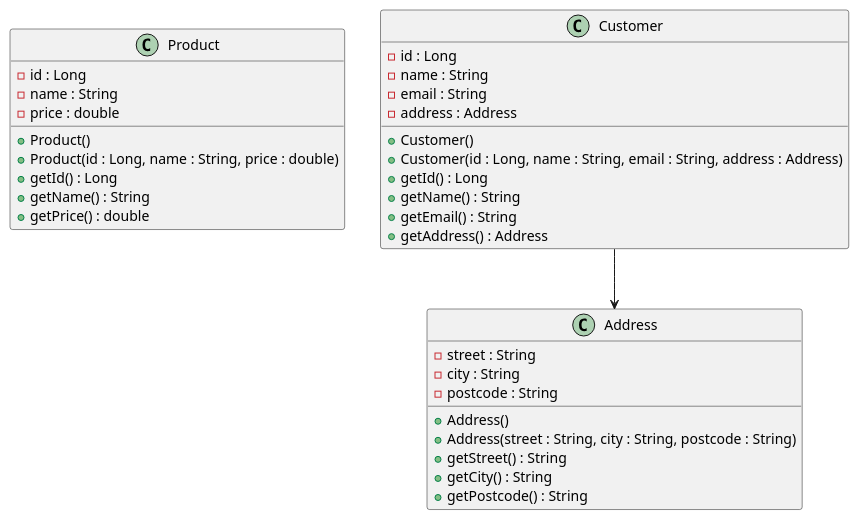
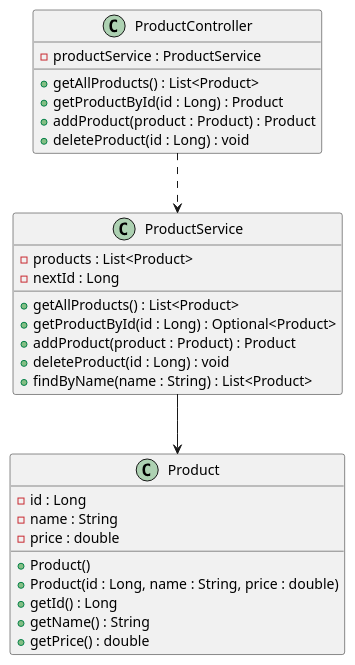
Before and after one commit to bajAmogh/westminster_code_push: the diagram in docs/uml/Product.puml, drawn with PlantUML. The commit also changed 3 other files, not shown here.

Commit message:
Tutorial 3: ProductService with List - four CRUD endpoints working

```diff
--- a/docs/uml/Product.puml
+++ b/docs/uml/Product.puml
@@ -1,38 +1,38 @@
 @startuml
+
 class Product {
     - id : Long
     - name : String
     - price : double
     + Product()
     + Product(id : Long, name : String, price : double)
     + getId() : Long
     + getName() : String
     + getPrice() : double
 }
 
-class Customer {
-    - id : Long
-    - name : String
-    - email : String
-    - address : Address
-    + Customer()
-    + Customer(id : Long, name : String, email : String, address : Address)
-    + getId() : Long
-    + getName() : String
-    + getEmail() : String
-    + getAddress() : Address
+class ProductService {
+- products : List<Product>
+- nextId : Long
++ getAllProducts() : List<Product>
++ getProductById(id : Long) : Optional<Product>
++ addProduct(product : Product) : Product
++ deleteProduct(id : Long) : void
++ findByName(name : String) : List<Product>
 }
 
-class Address {
-    - street : String
-    - city : String
-    - postcode : String
-    + Address()
-    + Address(street : String, city : String, postcode : String)
-    + getStreet() : String
-    + getCity() : String
-    + getPostcode() : String
+class ProductController {
+- productService : ProductService
++ getAllProducts() : List<Product>
++ getProductById(id : Long) : Product
++ addProduct(product : Product) : Product
++ deleteProduct(id : Long) : void
 }
 
-Customer --> Address
+' ..> is a dependency: DASHED line, open arrow
+ProductController ..> ProductService
+
+' --> is an association: SOLID line
+ProductService --> Product
+
 @enduml
```
